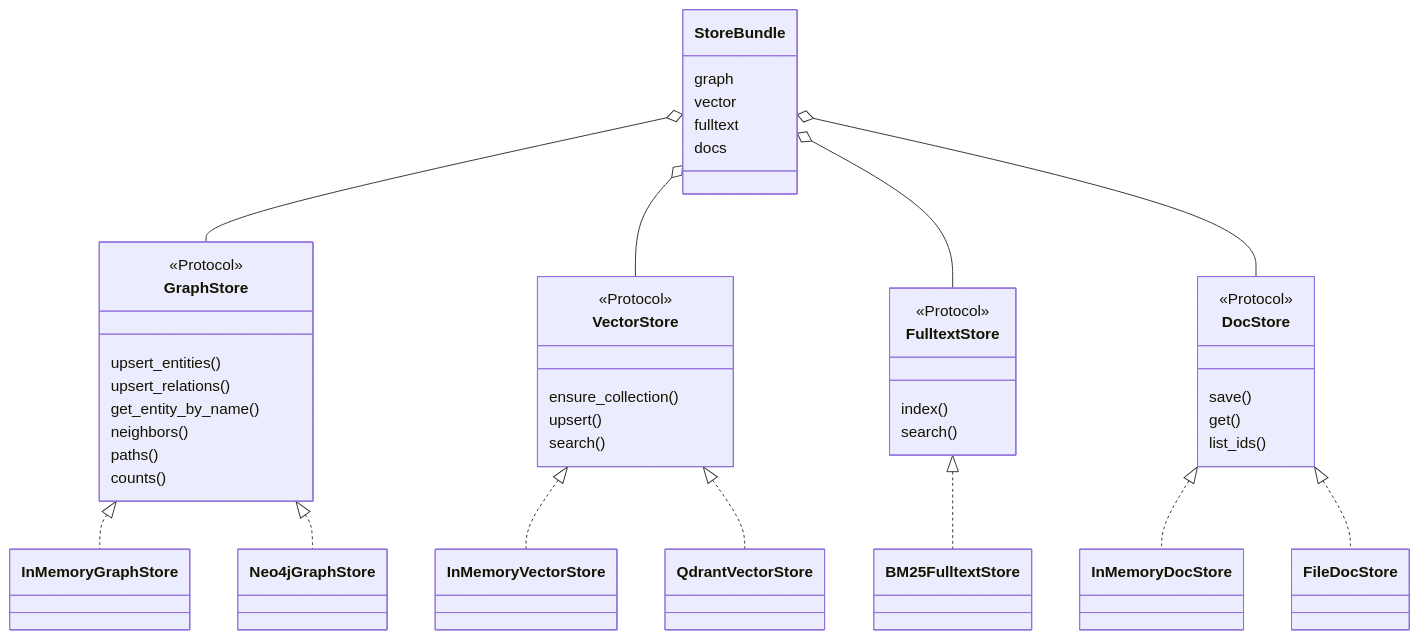
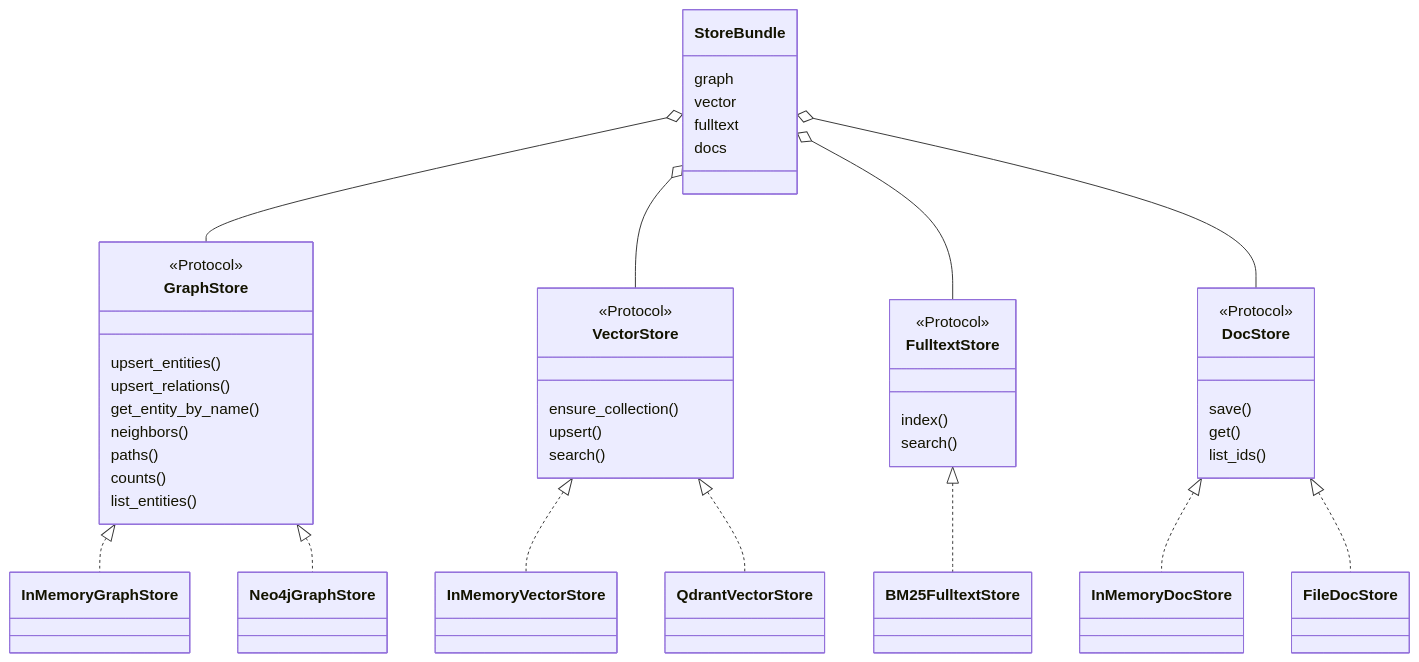
Before and after one commit to RightCloudhub/AG: diagram 11 of 17 in docs/ARCHITECTURE.md, drawn with Mermaid. The commit also changed other lines of this file and 154 other files, not shown here.

Commit message:
fix(stores): implement Neo4jGraphStore.list_entities and add it to GraphStore protocol

````diff
--- a/docs/ARCHITECTURE.md
+++ b/docs/ARCHITECTURE.md
@@ -255,46 +280,47 @@
 ```mermaid
 classDiagram
     class GraphStore {
         <<Protocol>>
         upsert_entities()
         upsert_relations()
         get_entity_by_name()
         neighbors()
         paths()
         counts()
+        list_entities()
     }
     class VectorStore {
         <<Protocol>>
         ensure_collection()
         upsert()
         search()
     }
     class FulltextStore {
         <<Protocol>>
         index()
         search()
     }
     class DocStore {
         <<Protocol>>
         save()
         get()
         list_ids()
     }
     GraphStore <|.. InMemoryGraphStore
     GraphStore <|.. Neo4jGraphStore
     VectorStore <|.. InMemoryVectorStore
     VectorStore <|.. QdrantVectorStore
     FulltextStore <|.. BM25FulltextStore
     DocStore <|.. InMemoryDocStore
     DocStore <|.. FileDocStore
     class StoreBundle {
         graph
         vector
         fulltext
         docs
     }
     StoreBundle o-- GraphStore
     StoreBundle o-- VectorStore
     StoreBundle o-- FulltextStore
     StoreBundle o-- DocStore
 ```
````
